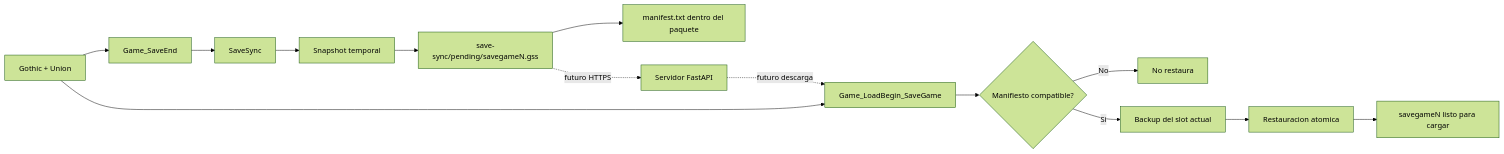
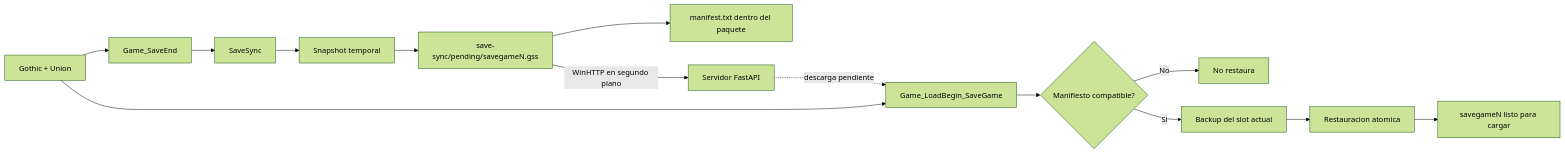
One commit to Andressance/gothic_game_sync changed the first of 2 diagrams in README.md. Above: the diagram before and after it, drawn with Mermaid (forest theme). The commit also changed other lines of this file and 11 other files, not shown here.

````diff
--- a/README.md
+++ b/README.md
@@ -33,18 +34,18 @@
 ```mermaid
 flowchart LR
     G[Gothic + Union] --> E[Game_SaveEnd]
     E --> S[SaveSync]
     S --> T[Snapshot temporal]
     T --> P[save-sync/pending/savegameN.gss]
     P --> M[manifest.txt dentro del paquete]
 
     G --> L[Game_LoadBegin_SaveGame]
     L --> V{Manifiesto compatible?}
     V -- No --> X[No restaura]
     V -- Si --> B[Backup del slot actual]
     B --> R[Restauracion atomica]
     R --> C[savegameN listo para cargar]
 
-    P -. futuro HTTPS .-> A[Servidor FastAPI]
-    A -. futuro descarga .-> L
+    P -->|WinHTTP en segundo plano| A[Servidor FastAPI]
+    A -. descarga pendiente .-> L
 ```
````
